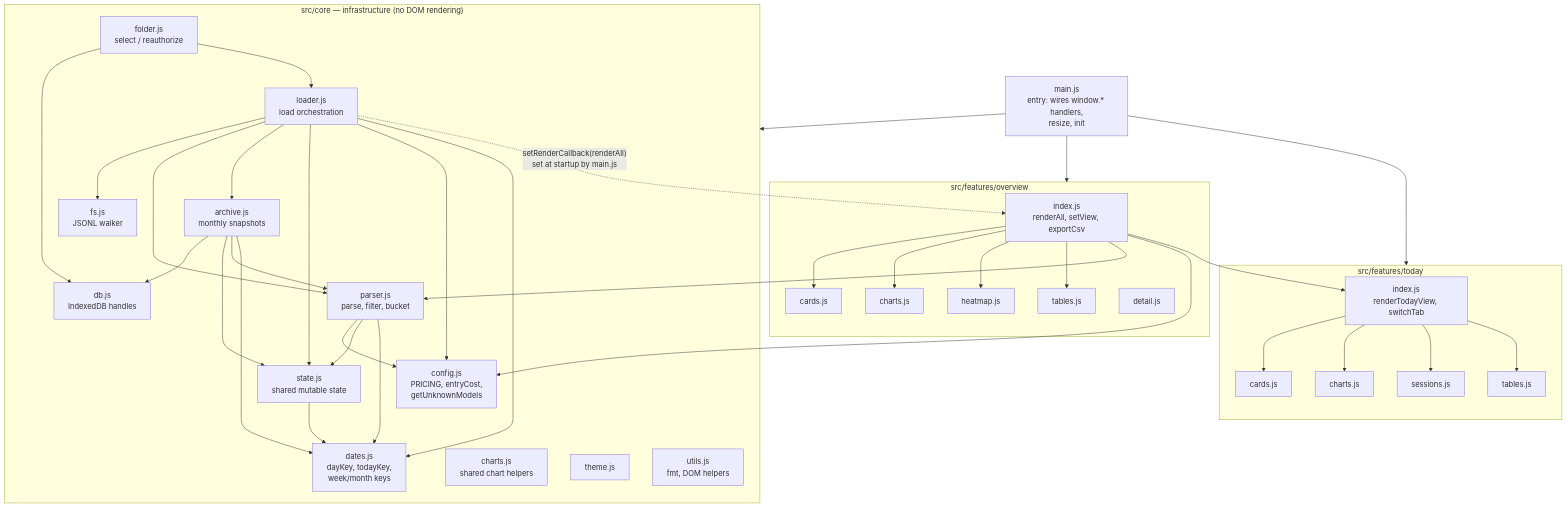
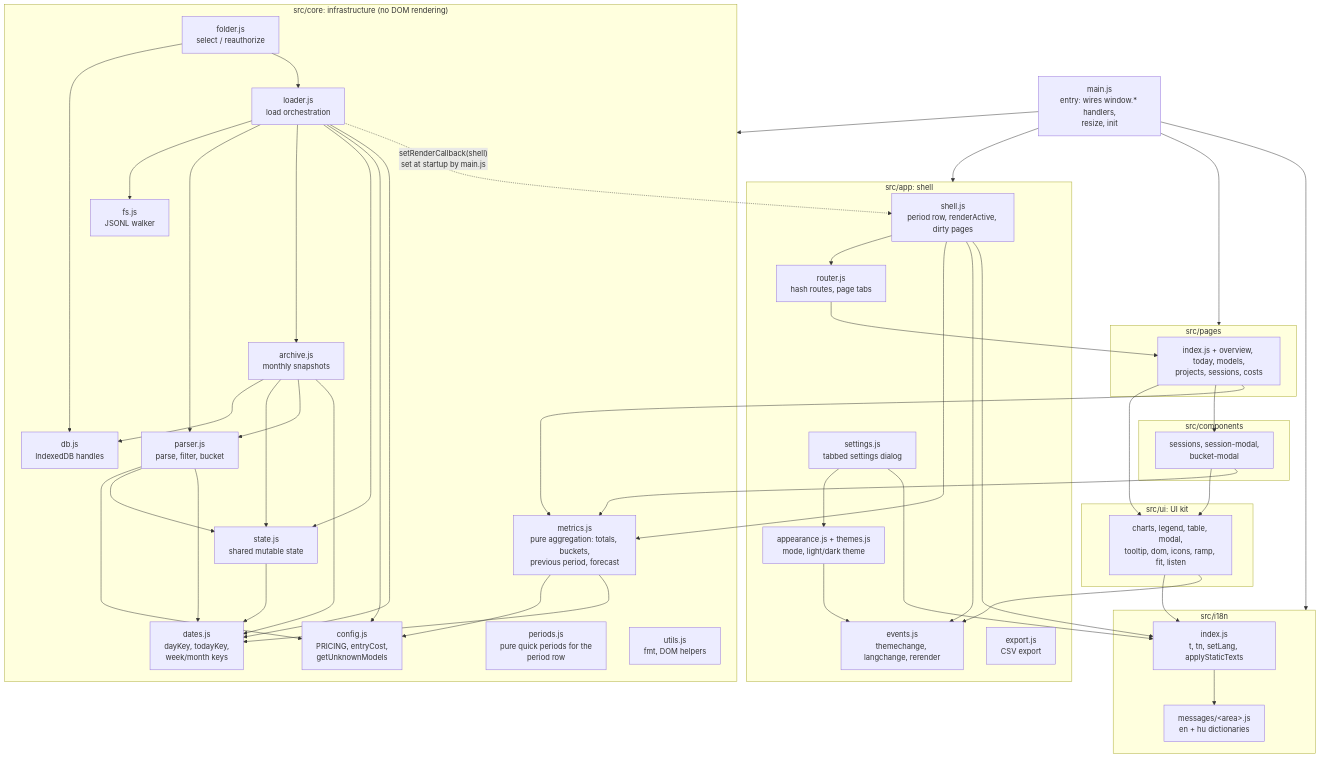
Before and after one commit to Procisz/clauditor: the fourth of 5 diagrams in ARCHITECTURE.md, drawn with Mermaid. The commit also changed other lines of this file and 148 other files, not shown here.

First line of the commit message:
Redesign the dashboard with six pages, themes, i18n and a unit test suite (#5)

````diff
--- a/ARCHITECTURE.md
+++ b/ARCHITECTURE.md
@@ -86,53 +87,69 @@
 ```mermaid
 flowchart TD
     main["main.js<br/>entry: wires window.* handlers,<br/>resize, init"]
 
-    subgraph core["src/core — infrastructure (no DOM rendering)"]
+    subgraph core["src/core: infrastructure (no DOM rendering)"]
         config["config.js<br/>PRICING, entryCost,<br/>getUnknownModels"]
         datesjs["dates.js<br/>dayKey, todayKey,<br/>week/month keys"]
         statejs["state.js<br/>shared mutable state"]
         db["db.js<br/>IndexedDB handles"]
         fsjs["fs.js<br/>JSONL walker"]
         parser["parser.js<br/>parse, filter, bucket"]
         loader["loader.js<br/>load orchestration"]
         folder["folder.js<br/>select / reauthorize"]
         archive["archive.js<br/>monthly snapshots"]
-        chartsCore["charts.js<br/>shared chart helpers"]
-        themejs["theme.js"]
+        metrics["metrics.js<br/>pure aggregation: totals, buckets,<br/>previous period, forecast"]
+        periods["periods.js<br/>pure quick periods for the<br/>period row"]
         utils["utils.js<br/>fmt, DOM helpers"]
     end
 
-    subgraph overview["src/features/overview"]
-        oIndex["index.js<br/>renderAll, setView, exportCsv"]
-        oCards["cards.js"] 
-        oCharts["charts.js"]
-        oHeat["heatmap.js"]
-        oTables["tables.js"]
-        oDetail["detail.js"]
+    subgraph i18n["src/i18n"]
+        i18nIndex["index.js<br/>t, tn, setLang, applyStaticTexts"]
+        messages["messages/&lt;area&gt;.js<br/>en + hu dictionaries"]
     end
 
-    subgraph today["src/features/today"]
-        tIndex["index.js<br/>renderTodayView, switchTab"]
-        tCards["cards.js"]
-        tCharts["charts.js"]
-        tSessions["sessions.js"]
-        tTables["tables.js"]
+    subgraph appdir["src/app: shell"]
+        shell["shell.js<br/>period row, renderActive, dirty pages"]
+        router["router.js<br/>hash routes, page tabs"]
+        appearance["appearance.js + themes.js<br/>mode, light/dark theme"]
+        settings["settings.js<br/>tabbed settings dialog"]
+        events["events.js<br/>themechange, langchange, rerender"]
+        exportjs["export.js<br/>CSV export"]
+    end
+
+    subgraph ui["src/ui: UI kit"]
+        uikit["charts, legend, table, modal,<br/>tooltip, dom, icons, ramp, fit, listen"]
+    end
+
+    subgraph components["src/components"]
+        comps["sessions, session-modal,<br/>bucket-modal"]
+    end
+
+    subgraph pages["src/pages"]
+        pagesIdx["index.js + overview, today, models,<br/>projects, sessions, costs"]
     end
 
     main --> core
-    main --> overview
-    main --> today
+    main --> appdir
+    main --> pages
+    main --> i18n
+
+    shell --> router & metrics & events & i18nIndex
+    router --> pagesIdx
+    pagesIdx --> uikit & comps & metrics
+    comps --> uikit & metrics
+    uikit --> i18nIndex & events
+    appearance --> events
+    settings --> appearance & i18nIndex
+    i18nIndex --> messages
 
     folder --> db & loader
     loader --> fsjs & parser & archive & statejs & config & datesjs
     archive --> db & statejs & parser & datesjs
     parser --> config & statejs & datesjs
     statejs --> datesjs
 
-    oIndex --> oCards & oCharts & oHeat & oTables
-    oIndex --> parser & config
-    oIndex --> tIndex
-    tIndex --> tCards & tCharts & tSessions & tTables
+    metrics --> config & datesjs
 
-    loader -. "setRenderCallback(renderAll)<br/>set at startup by main.js" .-> oIndex
+    loader -. "setRenderCallback(shell)<br/>set at startup by main.js" .-> shell
 ```
````
